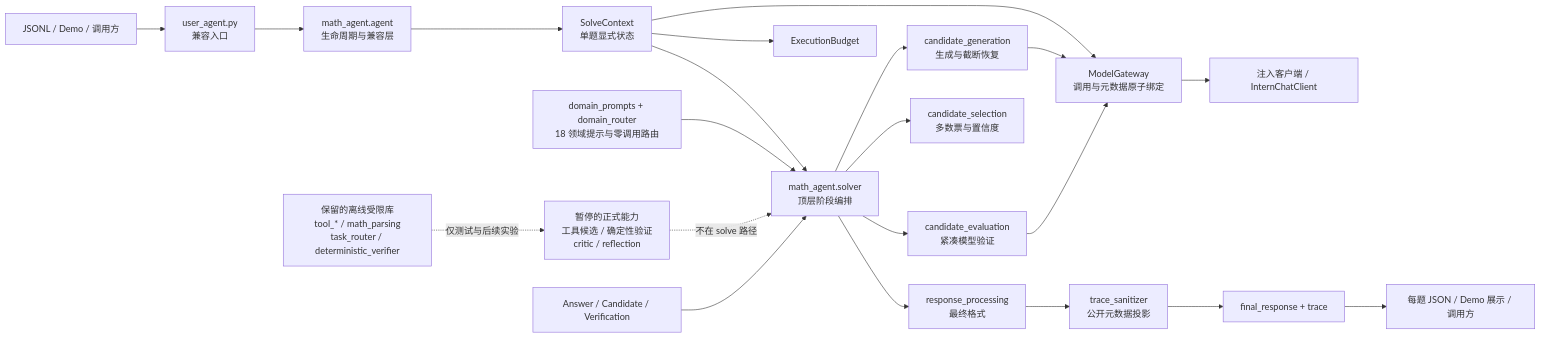
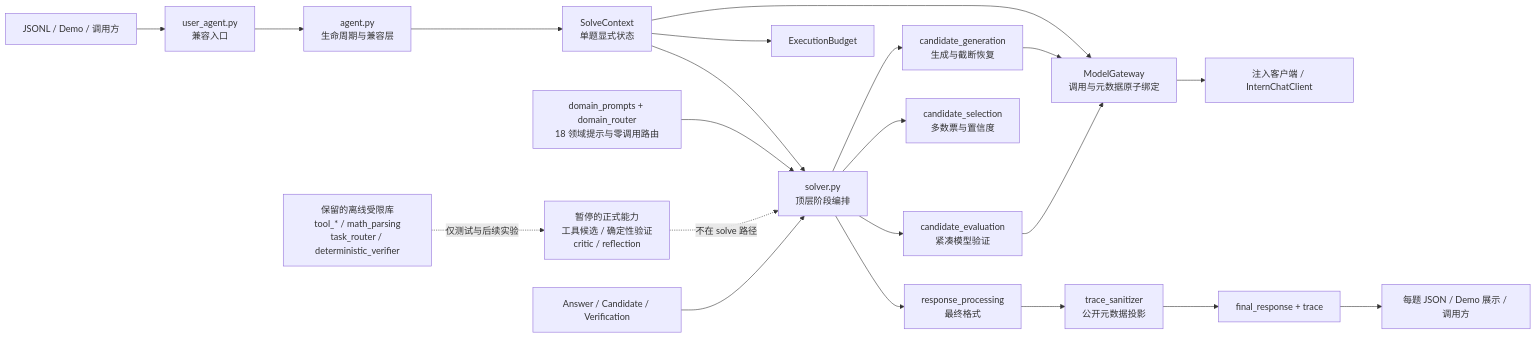
One commit to huangchen725/math_agent changed the diagram in ARCHITECTURE.md. Above: the diagram before and after it, drawn with Mermaid. The commit also changed other lines of this file and 31 other files, not shown here.

````diff
--- a/ARCHITECTURE.md
+++ b/ARCHITECTURE.md
@@ -31,23 +33,23 @@
 ```mermaid
 flowchart LR
     I[JSONL / Demo / 调用方] --> F[user_agent.py<br/>兼容入口]
-    F --> A[math_agent.agent<br/>生命周期与兼容层]
+    F --> A[agent.py<br/>生命周期与兼容层]
     A --> X[SolveContext<br/>单题显式状态]
-    X --> S[math_agent.solver<br/>顶层阶段编排]
+    X --> S[solver.py<br/>顶层阶段编排]
     S --> N[candidate_generation<br/>生成与截断恢复]
     S --> V[candidate_evaluation<br/>紧凑模型验证]
     S --> L[candidate_selection<br/>多数票与置信度]
     S --> O[response_processing<br/>最终格式]
     X --> G[ModelGateway<br/>调用与元数据原子绑定]
     G --> C[注入客户端 / InternChatClient]
     D[domain_prompts + domain_router<br/>18 领域提示与零调用路由] --> S
     X --> B[ExecutionBudget]
     N --> G
     V --> G
     PAUSED[暂停的正式能力<br/>工具候选 / 确定性验证<br/>critic / reflection] -. 不在 solve 路径 .-> S
     LIB[保留的离线受限库<br/>tool_* / math_parsing<br/>task_router / deterministic_verifier] -. 仅测试与后续实验 .-> PAUSED
     E[Answer / Candidate / Verification] --> S
     O --> TS[trace_sanitizer<br/>公开元数据投影]
     TS --> R[final_response + trace]
     R --> OUT[每题 JSON / Demo 展示 / 调用方]
 ```
````
